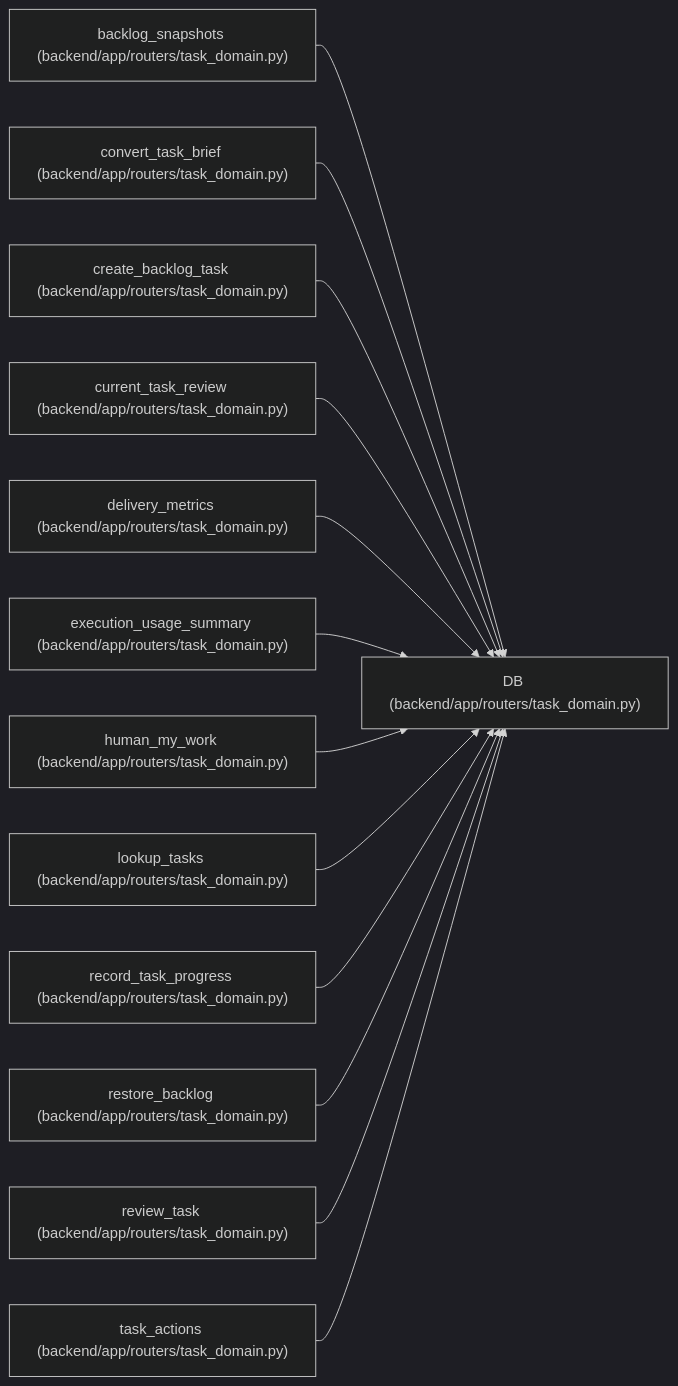
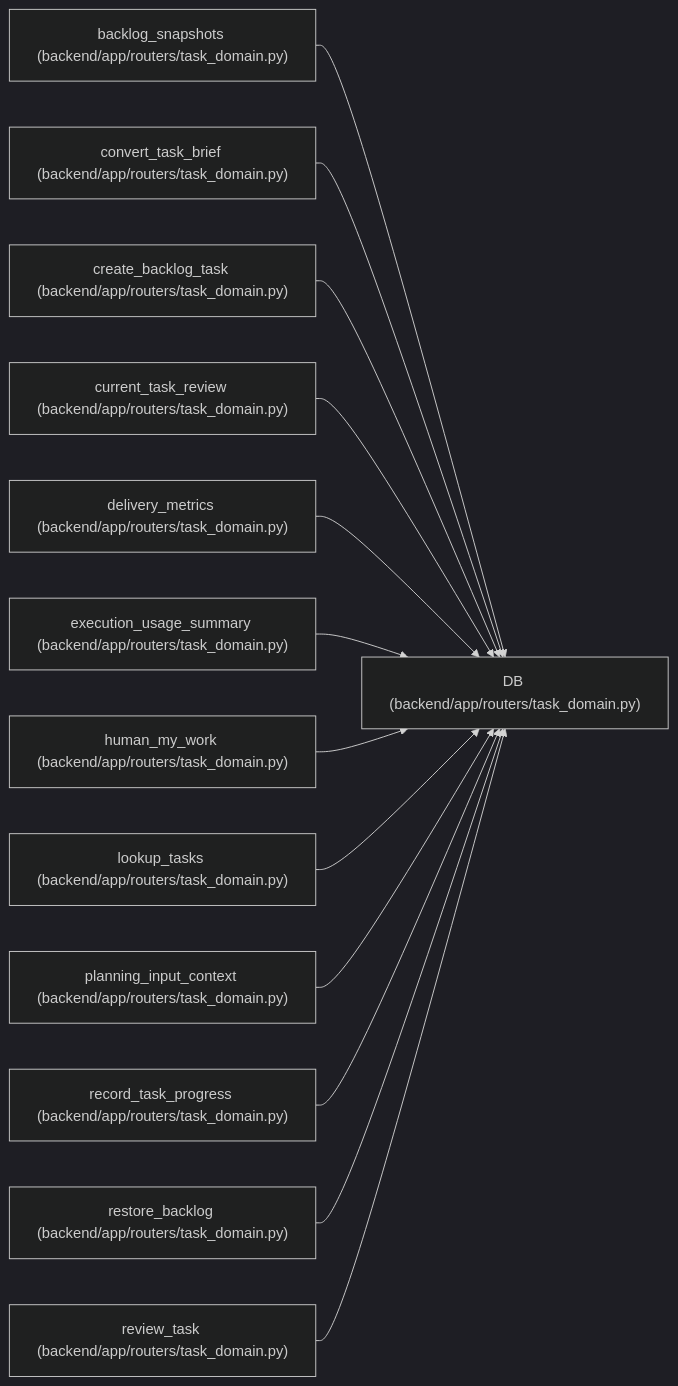
Before and after one commit to Denissvgn/WorkChord: the diagram in docs/llm_wiki/entities/routers_task_domain_DB.md, drawn with Mermaid (dark theme). The commit also changed other lines of this file and 476 other files, not shown here.

Commit message:
docs: document complete planning input observations

````diff
--- a/docs/llm_wiki/entities/routers_task_domain_DB.md
+++ b/docs/llm_wiki/entities/routers_task_domain_DB.md
@@ -24,41 +24,41 @@
 ```mermaid
 flowchart LR
     n0["DB (backend/app/routers/task_domain.py)"]
     n1["backlog_snapshots (backend/app/routers/task_domain.py)"]
     n2["convert_task_brief (backend/app/routers/task_domain.py)"]
     n3["create_backlog_task (backend/app/routers/task_domain.py)"]
     n4["current_task_review (backend/app/routers/task_domain.py)"]
     n5["delivery_metrics (backend/app/routers/task_domain.py)"]
     n6["execution_usage_summary (backend/app/routers/task_domain.py)"]
     n7["human_my_work (backend/app/routers/task_domain.py)"]
     n8["lookup_tasks (backend/app/routers/task_domain.py)"]
-    n9["record_task_progress (backend/app/routers/task_domain.py)"]
-    n10["restore_backlog (backend/app/routers/task_domain.py)"]
-    n11["review_task (backend/app/routers/task_domain.py)"]
-    n12["task_actions (backend/app/routers/task_domain.py)"]
+    n9["planning_input_context (backend/app/routers/task_domain.py)"]
+    n10["record_task_progress (backend/app/routers/task_domain.py)"]
+    n11["restore_backlog (backend/app/routers/task_domain.py)"]
+    n12["review_task (backend/app/routers/task_domain.py)"]
     n1 --> n0
     n2 --> n0
     n3 --> n0
     n4 --> n0
     n5 --> n0
     n6 --> n0
     n7 --> n0
     n8 --> n0
     n9 --> n0
     n10 --> n0
     n11 --> n0
     n12 --> n0
     click n0 "../modules/routers_task_domain.md"
     click n1 "../modules/routers_task_domain.md"
     click n2 "../modules/routers_task_domain.md"
     click n3 "../modules/routers_task_domain.md"
     click n4 "../modules/routers_task_domain.md"
     click n5 "../modules/routers_task_domain.md"
     click n6 "../modules/routers_task_domain.md"
     click n7 "../modules/routers_task_domain.md"
     click n8 "../modules/routers_task_domain.md"
     click n9 "../modules/routers_task_domain.md"
     click n10 "../modules/routers_task_domain.md"
     click n11 "../modules/routers_task_domain.md"
     click n12 "../modules/routers_task_domain.md"
 ```
````
